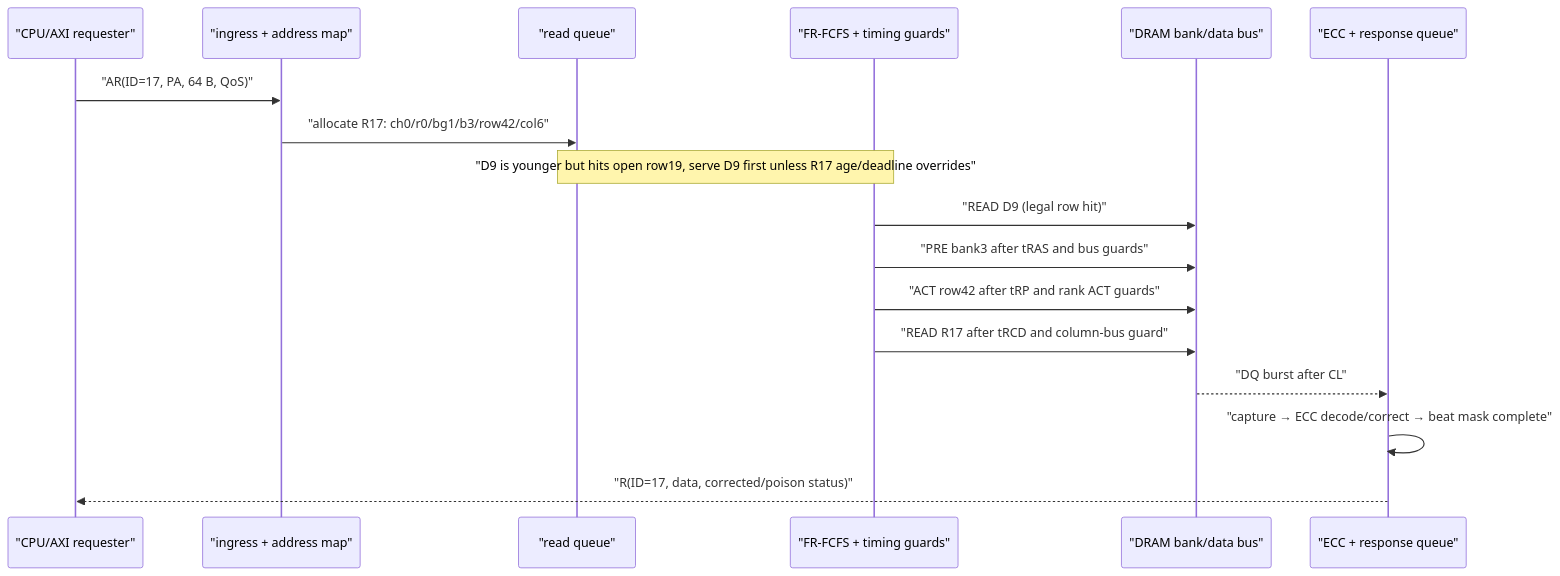
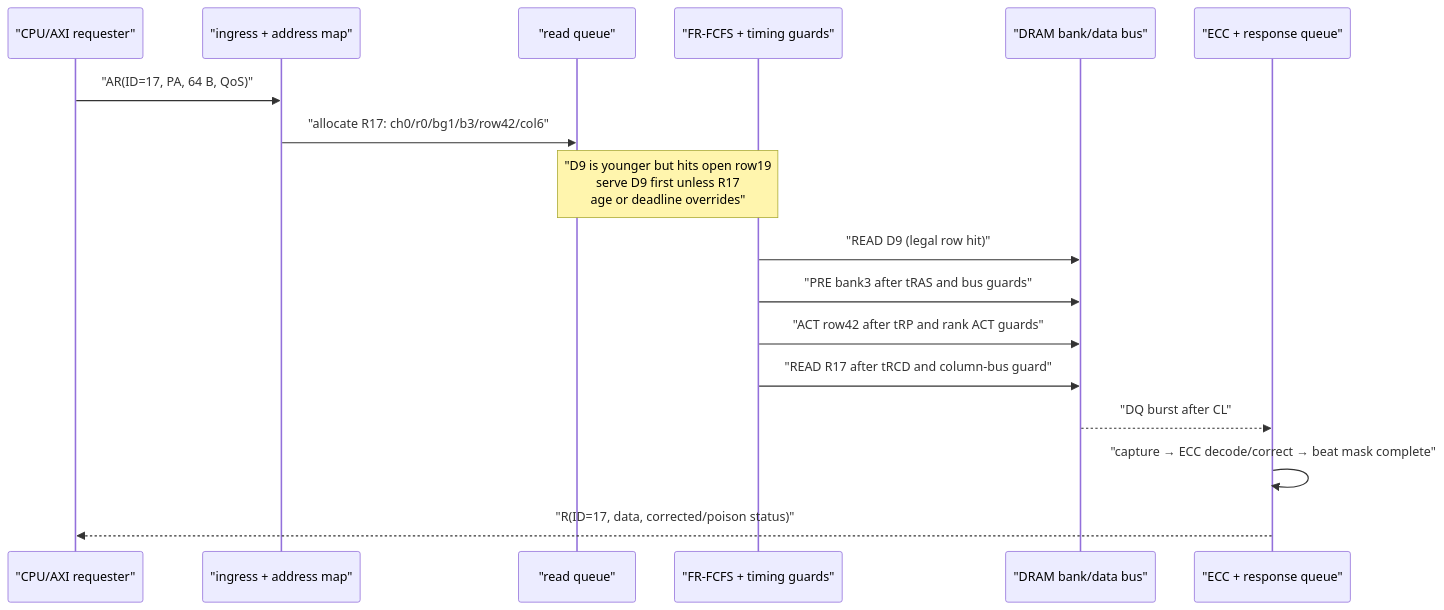
Before and after one commit to Wty2003328/silicon-design-notebook: the fourth of 4 diagrams in 01_Architecture_and_PPA/04_SoC_and_Chiplet_Architecture/02_Shared_Memory/01_DDR_Controller.md, drawn with Mermaid. The commit also changed other lines of this file and 125 other files, not shown here.

First line of the commit message:
Complete the AMBA family, refresh the learning path, and make every figure and formula actually render

````diff
--- a/01_Architecture_and_PPA/04_SoC_and_Chiplet_Architecture/02_Shared_Memory/01_DDR_Controller.md
+++ b/01_Architecture_and_PPA/04_SoC_and_Chiplet_Architecture/02_Shared_Memory/01_DDR_Controller.md
@@ -246,19 +249,19 @@
 ```mermaid
 sequenceDiagram
     participant CPU as "CPU/AXI requester"
     participant IN as "ingress + address map"
     participant Q as "read queue"
     participant S as "FR-FCFS + timing guards"
     participant B as "DRAM bank/data bus"
     participant E as "ECC + response queue"
     CPU->>IN: "AR(ID=17, PA, 64 B, QoS)"
     IN->>Q: "allocate R17: ch0/r0/bg1/b3/row42/col6"
-    Note over Q,S: "D9 is younger but hits open row19, serve D9 first unless R17 age/deadline overrides"
+    Note over Q,S: "D9 is younger but hits open row19<br/>serve D9 first unless R17<br/>age or deadline overrides"
     S->>B: "READ D9 (legal row hit)"
     S->>B: "PRE bank3 after tRAS and bus guards"
     S->>B: "ACT row42 after tRP and rank ACT guards"
     S->>B: "READ R17 after tRCD and column-bus guard"
     B-->>E: "DQ burst after CL"
     E->>E: "capture → ECC decode/correct → beat mask complete"
     E-->>CPU: "R(ID=17, data, corrected/poison status)"
 ```
````
